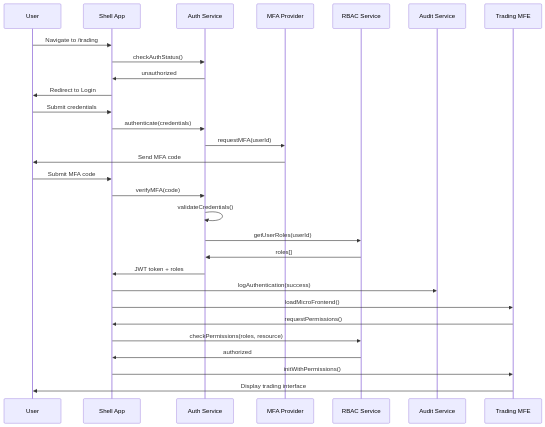
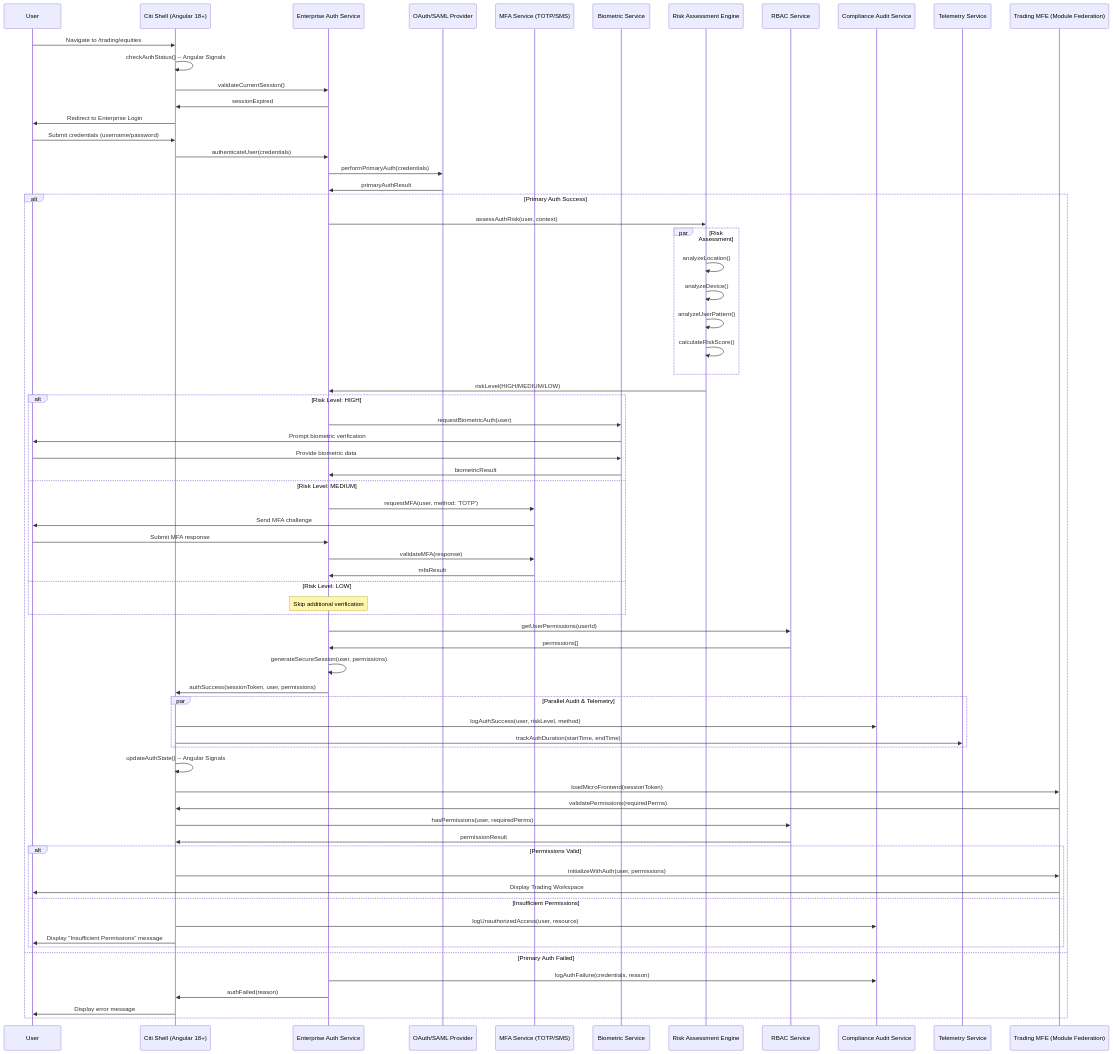
The first of 9 diagrams in SEQUENCE_DIAGRAMS.md (calvinlee999/Angular-Front-End-Development), drawn with Mermaid before and after one commit. The commit also changed other lines of this file, not shown here.

First line of the commit message:
feat: enhance SEQUENCE_DIAGRAMS.md with Citibank enterprise-grade patterns

````diff
--- a/SEQUENCE_DIAGRAMS.md
+++ b/SEQUENCE_DIAGRAMS.md
@@ -26,37 +51,87 @@
 ```mermaid
 sequenceDiagram
     participant User as User
-    participant Shell as Shell App
-    participant Auth as Auth Service
-    participant MFA as MFA Provider
+    participant Shell as Citi Shell (Angular 18+)
+    participant EnterpriseAuth as Enterprise Auth Service
+    participant OAuth as OAuth/SAML Provider
+    participant MFA as MFA Service (TOTP/SMS)
+    participant Biometric as Biometric Service
+    participant RiskAssessment as Risk Assessment Engine
     participant RBAC as RBAC Service
-    participant Audit as Audit Service
-    participant Trading as Trading MFE
+    participant AuditService as Compliance Audit Service
+    participant Telemetry as Telemetry Service
+    participant TradingMFE as Trading MFE (Module Federation)
     
-    User->>Shell: Navigate to /trading
-    Shell->>Auth: checkAuthStatus()
-    Auth->>Shell: unauthorized
+    User->>Shell: Navigate to /trading/equities
+    Shell->>Shell: checkAuthStatus() -- Angular Signals
+    Shell->>EnterpriseAuth: validateCurrentSession()
+    EnterpriseAuth->>Shell: sessionExpired
     
-    Shell->>User: Redirect to Login
-    User->>Shell: Submit credentials
-    Shell->>Auth: authenticate(credentials)
-    Auth->>MFA: requestMFA(userId)
-    MFA->>User: Send MFA code
+    Shell->>User: Redirect to Enterprise Login
+    User->>Shell: Submit credentials (username/password)
+    Shell->>EnterpriseAuth: authenticateUser(credentials)
     
-    User->>Shell: Submit MFA code
-    Shell->>Auth: verifyMFA(code)
-    Auth->>Auth: validateCredentials()
-    Auth->>RBAC: getUserRoles(userId)
-    RBAC->>Auth: roles[]
+    EnterpriseAuth->>OAuth: performPrimaryAuth(credentials)
+    OAuth->>EnterpriseAuth: primaryAuthResult
     
-    Auth->>Shell: JWT token + roles
-    Shell->>Audit: logAuthentication(success)
-    
-    Shell->>Trading: loadMicroFrontend()
-    Trading->>Shell: requestPermissions()
-    Shell->>RBAC: checkPermissions(roles, resource)
-    RBAC->>Shell: authorized
-    
-    Shell->>Trading: initWithPermissions()
-    Trading->>User: Display trading interface
+    alt Primary Auth Success
+        EnterpriseAuth->>RiskAssessment: assessAuthRisk(user, context)
+        
+        par Risk Assessment
+            RiskAssessment->>RiskAssessment: analyzeLocation()
+            RiskAssessment->>RiskAssessment: analyzeDevice()
+            RiskAssessment->>RiskAssessment: analyzeUserPattern()
+            RiskAssessment->>RiskAssessment: calculateRiskScore()
+        end
+        
+        RiskAssessment->>EnterpriseAuth: riskLevel(HIGH/MEDIUM/LOW)
+        
+        alt Risk Level: HIGH
+            EnterpriseAuth->>Biometric: requestBiometricAuth(user)
+            Biometric->>User: Prompt biometric verification
+            User->>Biometric: Provide biometric data
+            Biometric->>EnterpriseAuth: biometricResult
+            
+        else Risk Level: MEDIUM  
+            EnterpriseAuth->>MFA: requestMFA(user, method: 'TOTP')
+            MFA->>User: Send MFA challenge
+            User->>EnterpriseAuth: Submit MFA response
+            EnterpriseAuth->>MFA: validateMFA(response)
+            MFA->>EnterpriseAuth: mfaResult
+            
+        else Risk Level: LOW
+            Note over EnterpriseAuth: Skip additional verification
+        end
+        
+        EnterpriseAuth->>RBAC: getUserPermissions(userId)
+        RBAC->>EnterpriseAuth: permissions[]
+        
+        EnterpriseAuth->>EnterpriseAuth: generateSecureSession(user, permissions)
+        EnterpriseAuth->>Shell: authSuccess(sessionToken, user, permissions)
+        
+        par Parallel Audit & Telemetry
+            Shell->>AuditService: logAuthSuccess(user, riskLevel, method)
+            Shell->>Telemetry: trackAuthDuration(startTime, endTime)
+        end
+        
+        Shell->>Shell: updateAuthState() -- Angular Signals
+        Shell->>TradingMFE: loadMicroFrontend(sessionToken)
+        TradingMFE->>Shell: validatePermissions(requiredPerms)
+        Shell->>RBAC: hasPermissions(user, requiredPerms)
+        RBAC->>Shell: permissionResult
+        
+        alt Permissions Valid
+            Shell->>TradingMFE: initializeWithAuth(user, permissions)
+            TradingMFE->>User: Display Trading Workspace
+            
+        else Insufficient Permissions
+            Shell->>AuditService: logUnauthorizedAccess(user, resource)
+            Shell->>User: Display "Insufficient Permissions" message
+        end
+        
+    else Primary Auth Failed
+        EnterpriseAuth->>AuditService: logAuthFailure(credentials, reason)
+        EnterpriseAuth->>Shell: authFailed(reason)
+        Shell->>User: Display error message
+    end
 ```
````
